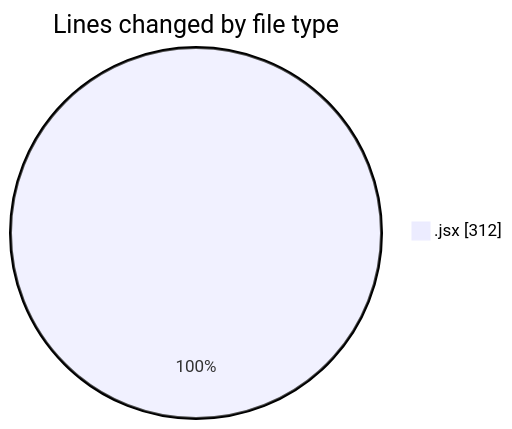
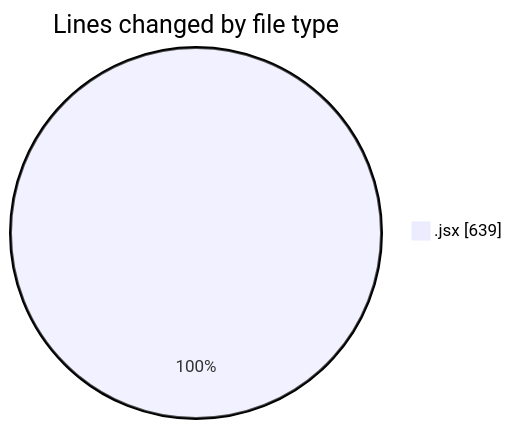
One commit to Elitesun/code-tracking changed the first of 2 diagrams in 2025-02-24/elitesgpt/README.md. Above: the diagram before and after it, drawn with Mermaid. The commit also changed other lines of this file and 1 other file, not shown here.

````diff
--- a/2025-02-24/elitesgpt/README.md
+++ b/2025-02-24/elitesgpt/README.md
@@ -22,5 +22,5 @@
 ```mermaid
 pie showData
 title Lines changed by file type
-".jsx" : 312
+".jsx" : 639
 ```
````
